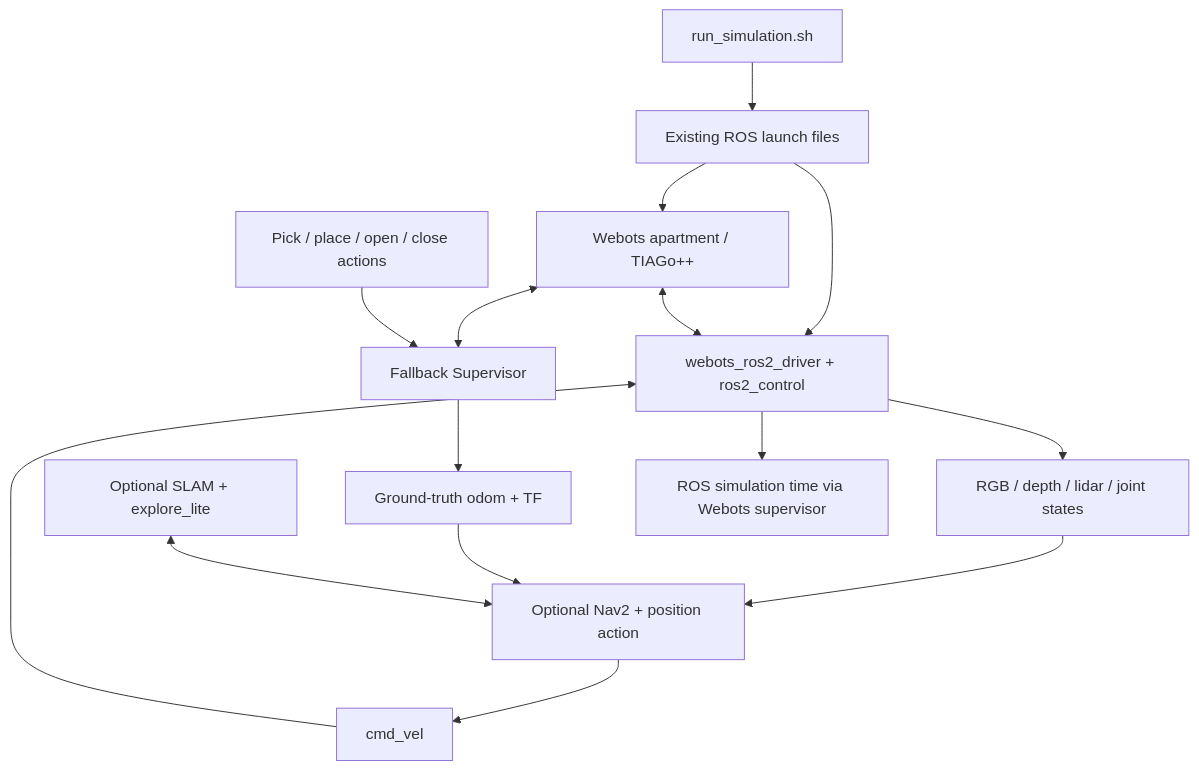
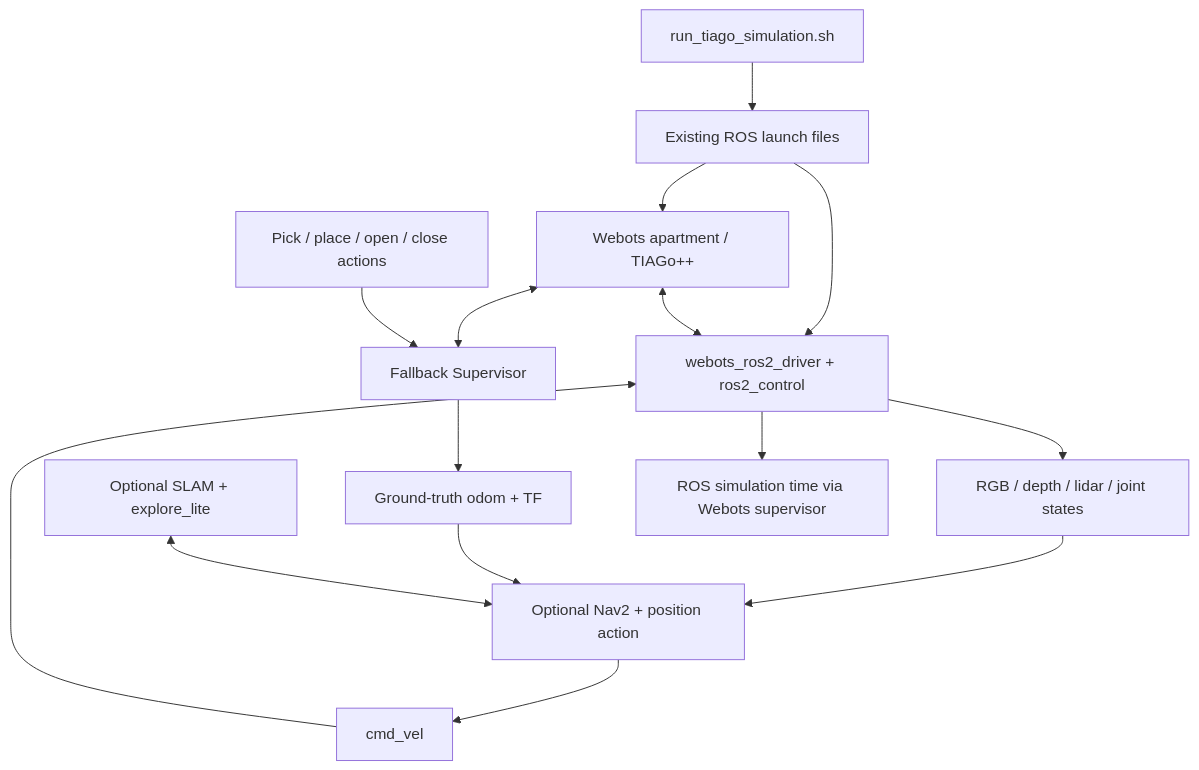
One commit to Dorteel/webots_ros2_simulation changed the diagram in REPOSITORY_GUIDE.md. Above: the diagram before and after it, drawn with Mermaid. The commit also changed other lines of this file and 19 other files, not shown here.

````diff
--- a/REPOSITORY_GUIDE.md
+++ b/REPOSITORY_GUIDE.md
@@ -11,17 +14,17 @@
 ```mermaid
 flowchart TD
-    Launcher[run_simulation.sh] --> Launch[Existing ROS launch files]
+    Launcher[run_tiago_simulation.sh] --> Launch[Existing ROS launch files]
     Launch --> Webots[Webots apartment / TIAGo++]
     Launch --> Driver[webots_ros2_driver + ros2_control]
     Webots <--> Driver
     Driver --> Sensors[RGB / depth / lidar / joint states]
     Velocity[cmd_vel] --> Driver
     Webots <--> Supervisor[Fallback Supervisor]
     Supervisor --> Odom[Ground-truth odom + TF]
     Actions[Pick / place / open / close actions] --> Supervisor
     Nav[Optional Nav2 + position action] --> Velocity
     Sensors --> Nav
     Odom --> Nav
     Mapping[Optional SLAM + explore_lite] <--> Nav
     Driver --> Clock[ROS simulation time via Webots supervisor]
 ```
````
